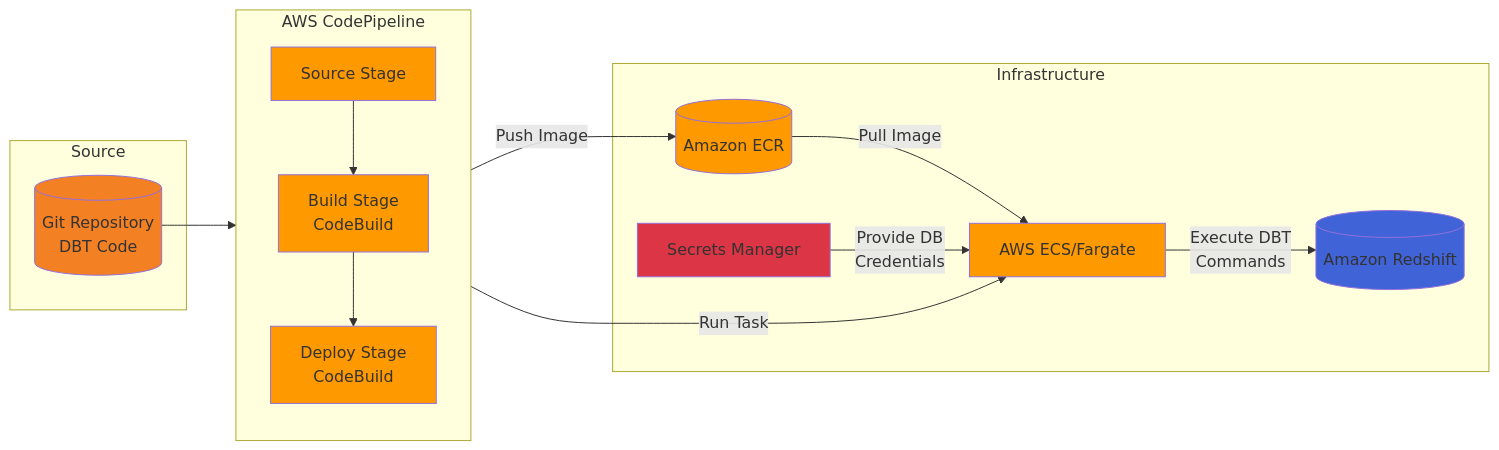
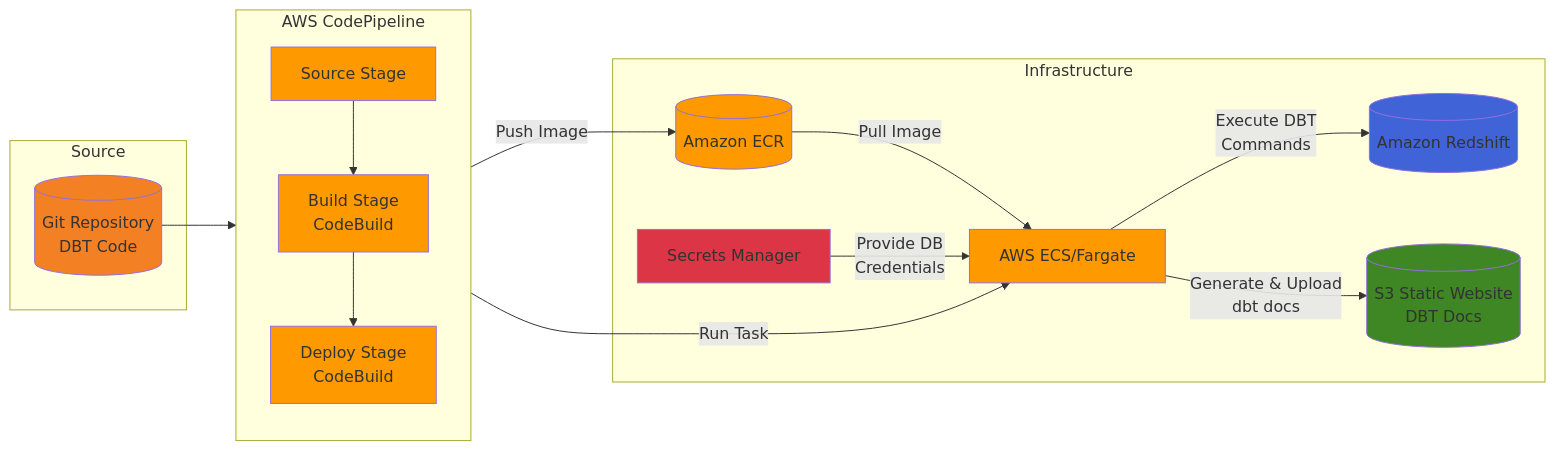
The diagram in infrastructure.mermaid (finnoio/bi-dbt), drawn with Mermaid before and after one commit. The commit also changed other lines of this file, not shown here.

Commit message:
updated infra diagram

```diff
--- a/infrastructure.mermaid
+++ b/infrastructure.mermaid
@@ -1,37 +1,40 @@
 flowchart LR
     subgraph "Source"
         git[("Git Repository\nDBT Code")]
     end
 
     subgraph "AWS CodePipeline"
         direction TB
         source[Source Stage]
         build[Build Stage\nCodeBuild]
         deploy[Deploy Stage\nCodeBuild]
 
         source --> build
         build --> deploy
     end
 
     subgraph "Infrastructure"
         ecr[(Amazon ECR)]
         ecs[AWS ECS/Fargate]
         rs[(Amazon Redshift)]
         secrets[Secrets Manager]
+        s3[("S3 Static Website\nDBT Docs")]
     end
 
     git --> source
     build -->|Push Image| ecr
     deploy -->|Run Task| ecs
     ecr -->|Pull Image| ecs
     ecs -->|Execute DBT\nCommands| rs
+    ecs -->|Generate & Upload\ndbt docs| s3
     secrets -->|Provide DB\nCredentials| ecs
 
     style git fill:#f48024
     style source fill:#ff9900
     style build fill:#ff9900
     style deploy fill:#ff9900
     style ecr fill:#ff9900
     style ecs fill:#ff9900
     style rs fill:#4063d8
+    style s3 fill:#3f8624
     style secrets fill:#dc3545
```
